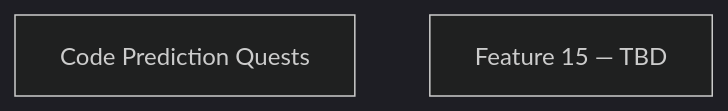
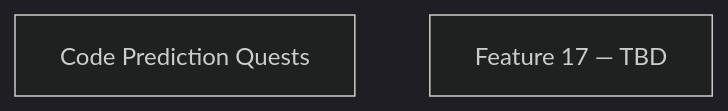
The diagram in design/phase4/phase4_main.md (gocklkatz/cos-quest-master), drawn with Mermaid (dark theme) before and after one commit. The commit also changed other lines of this file and 35 other files, not shown here.

````diff
--- a/design/phase4/phase4_main.md
+++ b/design/phase4/phase4_main.md
@@ -57,5 +57,5 @@
 ```mermaid
 graph TD
     F6[Code Prediction Quests]
-    F15[Feature 15 — TBD]
+    F17[Feature 17 — TBD]
 ```
````
